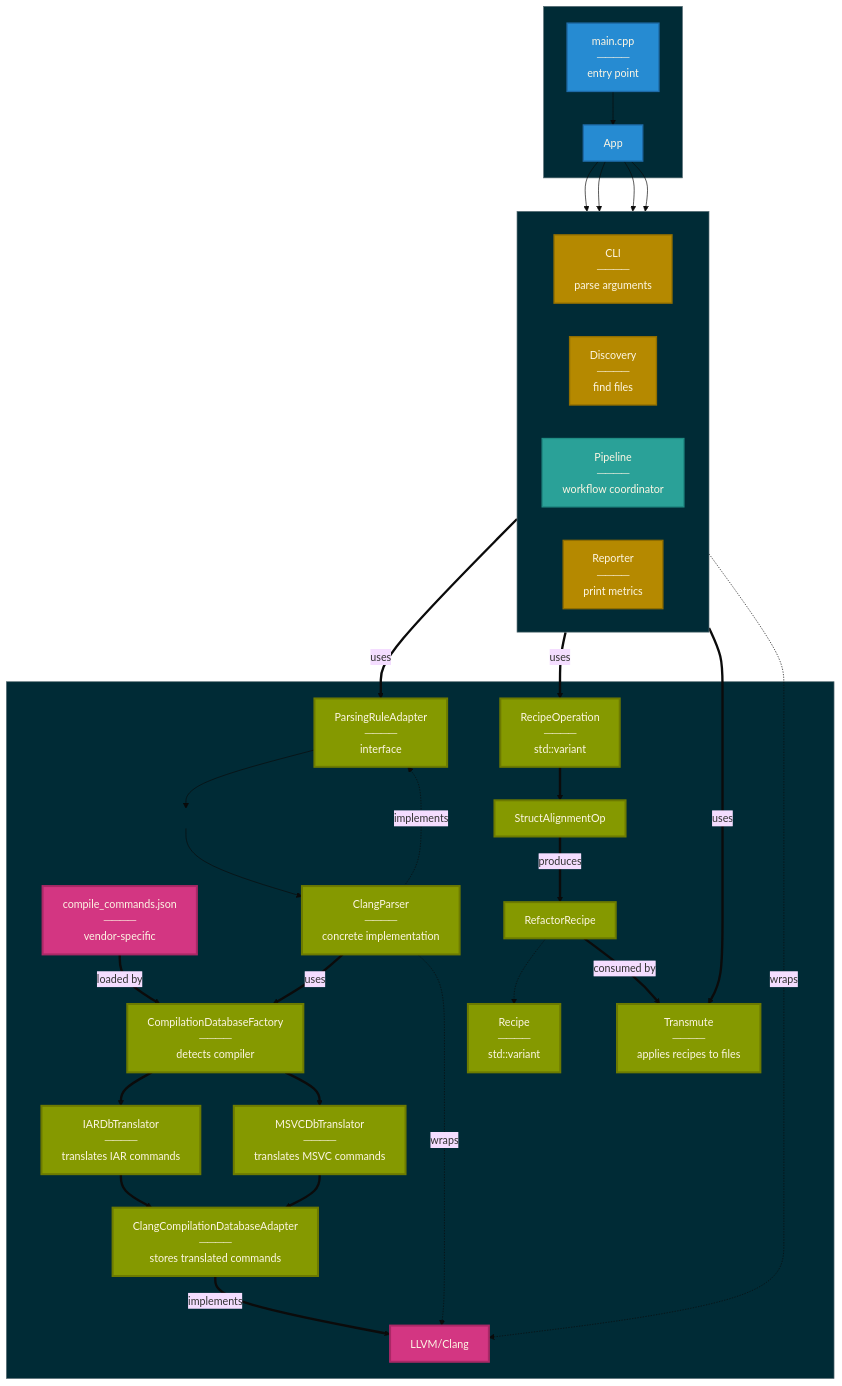
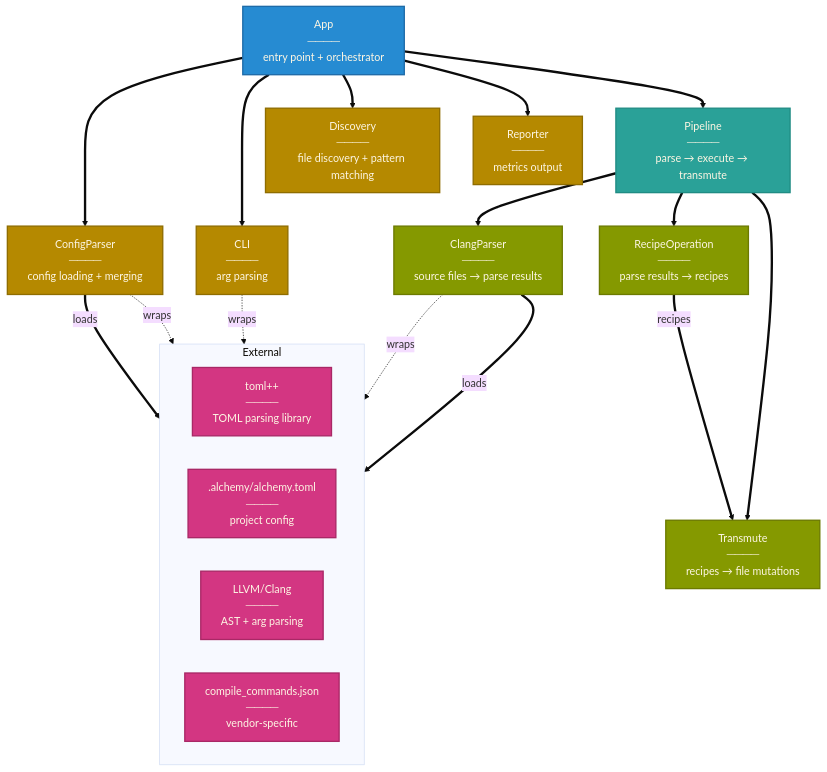
One commit to turakz/alchemy changed the first of 3 diagrams in docs/design/component-diagrams.md. Above: the diagram before and after it, drawn with Mermaid (base theme). The commit also changed other lines of this file and 122 other files, not shown here.

First line of the commit message:
ENGPROD-747 cross-compiler support, build system overhaul, config handling, logging

````diff
--- a/docs/design/component-diagrams.md
+++ b/docs/design/component-diagrams.md
@@ -16,115 +11,53 @@
 ```mermaid
-graph TB
-      %% ============================================================================
-      %% LAYER 1: APPLICATION ENTRY & ORCHESTRATION
-      %% ============================================================================
-      subgraph Layer1[" "]
-          main["main.cpp<br/>────<br/>entry point"]
-          App["App"]
-      end
+flowchart TD
+    App["App<br/>────<br/>entry point + orchestrator"]
 
-      %% ============================================================================
-      %% LAYER 2: INFRASTRUCTURE & PIPELINE (CLI -> Discovery -> Pipeline -> Reporter)
-      %% ============================================================================
-      subgraph Layer2[" "]
-          direction LR
+    ConfigParser["ConfigParser<br/>────<br/>config loading + merging"]
+    CLI["CLI<br/>────<br/>arg parsing"]
+    Discovery["Discovery<br/>────<br/>file discovery + pattern matching"]
+    Reporter["Reporter<br/>────<br/>metrics output"]
 
-          CLI["CLI<br/>────<br/>parse arguments"]
-          Discovery["Discovery<br/>────<br/>find files"]
-          Pipeline["Pipeline<br/>────<br/>workflow coordinator"]
-          Reporter["Reporter<br/>────<br/>print metrics"]
-      end
+    Pipeline["Pipeline<br/>────<br/>parse → execute → transmute"]
 
-      %% ============================================================================
-      %% LAYER 3: DOMAIN LOGIC (LLVM/CompDB on left, Parser/Operations on right)
-      %% ============================================================================
-      subgraph Layer3[" "]
-          %% Left side: LLVM and Compiler Adapters
-          LLVM["LLVM/Clang"]
-          CompDB["compile_commands.json<br/>────<br/>vendor-specific"]
-          CompDBFactory["CompilationDatabaseFactory<br/>────<br/>detects compiler"]
-          IARTranslator["IARDbTranslator<br/>────<br/>translates IAR commands"]
-          MSVCTranslator["MSVCDbTranslator<br/>────<br/>translates MSVC commands"]
-          ClangAdapter["ClangCompilationDatabaseAdapter<br/>────<br/>stores translated commands"]
+    ClangParser["ClangParser<br/>────<br/>source files → parse results"]
+    Operations["RecipeOperation<br/>────<br/>parse results → recipes"]
+    Transmute["Transmute<br/>────<br/>recipes → file mutations"]
 
-          CompDBFactory ==> IARTranslator
-          CompDBFactory ==> MSVCTranslator
-          IARTranslator ==> ClangAdapter
-          MSVCTranslator ==> ClangAdapter
+    subgraph External["External"]
+        direction LR
+        Tomlpp["toml++<br/>────<br/>TOML parsing library"]
+        AlchemyToml[".alchemy/alchemy.toml<br/>────<br/>project config"]
+        LLVM["LLVM/Clang<br/>────<br/>AST + arg parsing"]
+        CompDB["compile_commands.json<br/>────<br/>vendor-specific"]
+    end
 
-          %% Right side: Parsing components
-          ParserIface["ParsingRuleAdapter<br/>────<br/>interface"]
-          ParserIface --> ParserSpacer[" "]
-          style ParserSpacer fill:none,stroke:none
-          ParserSpacer --> ClangParser["ClangParser<br/>────<br/>concrete implementation"]
+    App ==> ConfigParser
+    App ==> CLI
+    App ==> Discovery
+    App ==> Reporter
+    App ==> Pipeline
 
-          %% Operations components
-          OpVariant["RecipeOperation<br/>────<br/>std::variant"]
-          StructAlign["StructAlignmentOp"]
+    Pipeline ==> ClangParser
+    Pipeline ==> Operations
+    Pipeline ==> Transmute
 
-          %% Recipe Type components
-          RecipeVariant["Recipe<br/>────<br/>std::variant"]
-          RefactorRecipe -.-> RecipeVariant
+    Operations ==>|recipes| Transmute
 
-          %% Transmutation component
-          Transmute["Transmute<br/>────<br/>applies recipes to files"]
-      end
+    ConfigParser ==>|loads| AlchemyToml
+    ConfigParser -.->|wraps| Tomlpp
+    ClangParser -.->|wraps| LLVM
+    CLI -.->|wraps| LLVM
+    ClangParser ==>|loads| CompDB
 
-      %% ============================================================================
-      %% VERTICAL DEPENDENCIES (layer by layer)
-      %% ============================================================================
-      main --> App
+    classDef app fill:#268bd2,stroke:#1e6ba8,stroke-width:2px,color:#fdf6e3
+    classDef infra fill:#b58900,stroke:#8f6d00,stroke-width:2px,color:#fdf6e3
+    classDef pipeline fill:#2aa198,stroke:#208c84,stroke-width:2px,color:#fdf6e3
+    classDef domain fill:#859900,stroke:#6c7a00,stroke-width:2px,color:#fdf6e3
+    classDef external fill:#d33682,stroke:#a92866,stroke-width:2px,color:#fdf6e3
 
-      %% App uses infrastructure (sequential flow)
-      App --> CLI
-      App --> Discovery
-      App --> Pipeline
-      App --> Reporter
-
-      %% Pipeline uses domain logic (thick arrows for primary flow)
-      Pipeline ==>|uses| ParserIface
-      Pipeline ==>|uses| OpVariant
-      Pipeline ==>|uses| Transmute
-
-      %% ClangParser implements interface (dotted = compile-time)
-      ClangParser -.->|implements| ParserIface
-
-      %% ClangParser uses factory (thick arrow = runtime dependency)
-      ClangParser ==>|uses| CompDBFactory
-
-      %% ClangAdapter implements CompilationDatabase interface from LLVM
-      ClangAdapter ==>|implements| LLVM
-
-      %% Factory reads compilation database (thick arrow = data flow)
-      CompDB ==>|loaded by| CompDBFactory
-
-      %% Operations are variant alternatives
-      OpVariant ==> StructAlign
-
-      %% Operations produce recipes (thick arrows = data flow)
-      StructAlign ==>|produces| RefactorRecipe
-
-      %% Transmute consumes recipes (thick arrows = data flow)
-      RefactorRecipe ==>|consumed by| Transmute
-
-      %% Wraps LLVM (dotted = compile-time dependency)
-      ClangParser -.->|wraps| LLVM
-      CLI -.->|wraps| LLVM
-
-      %% ============================================================================
-      %% STYLING
-      %% ============================================================================
-      classDef layer1 fill:#268bd2,stroke:#1e6ba8,stroke-width:2px,color:#fdf6e3
-      classDef layer2infra fill:#b58900,stroke:#8f6d00,stroke-width:2px,color:#fdf6e3
-      classDef layer2pipe fill:#2aa198,stroke:#208c84,stroke-width:2px,color:#fdf6e3
-      classDef layer3 fill:#859900,stroke:#6c7a00,stroke-width:3px,color:#fdf6e3
-      classDef layer4 fill:#d33682,stroke:#a92866,stroke-width:3px,color:#fdf6e3
-      classDef container fill:#002b36,stroke:#586e75,stroke-width:1px
-
-      class main,App layer1
-      class CLI,Discovery,Reporter layer2infra
-      class Pipeline layer2pipe
-      class ParserIface,ClangParser,CompDBFactory,IARTranslator,MSVCTranslator,ClangAdapter,OpVariant,StructAlign,RecipeVariant,RefactorRecipe,Transmute layer3
-      class LLVM,CompDB layer4
-      class Layer1,Layer2,Layer3 container
+    class App app
+    class ConfigParser,CLI,Discovery,Reporter infra
+    class Pipeline pipeline
+    class ClangParser,Operations,Transmute domain
+    class Tomlpp,AlchemyToml,LLVM,CompDB external
 ```
````
